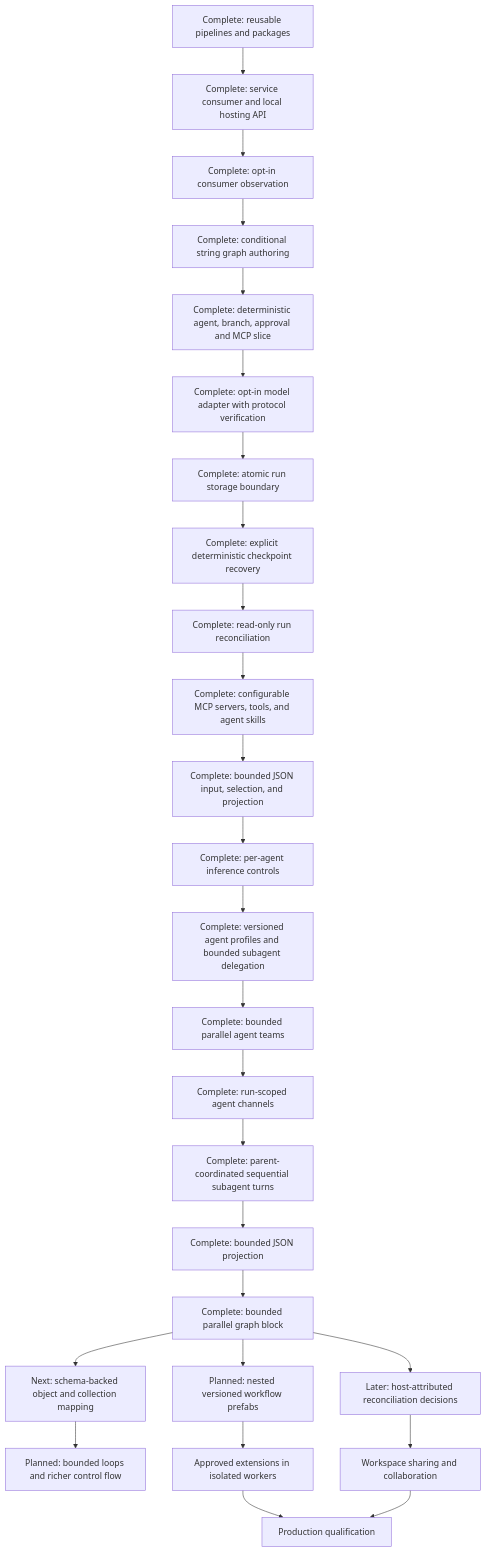
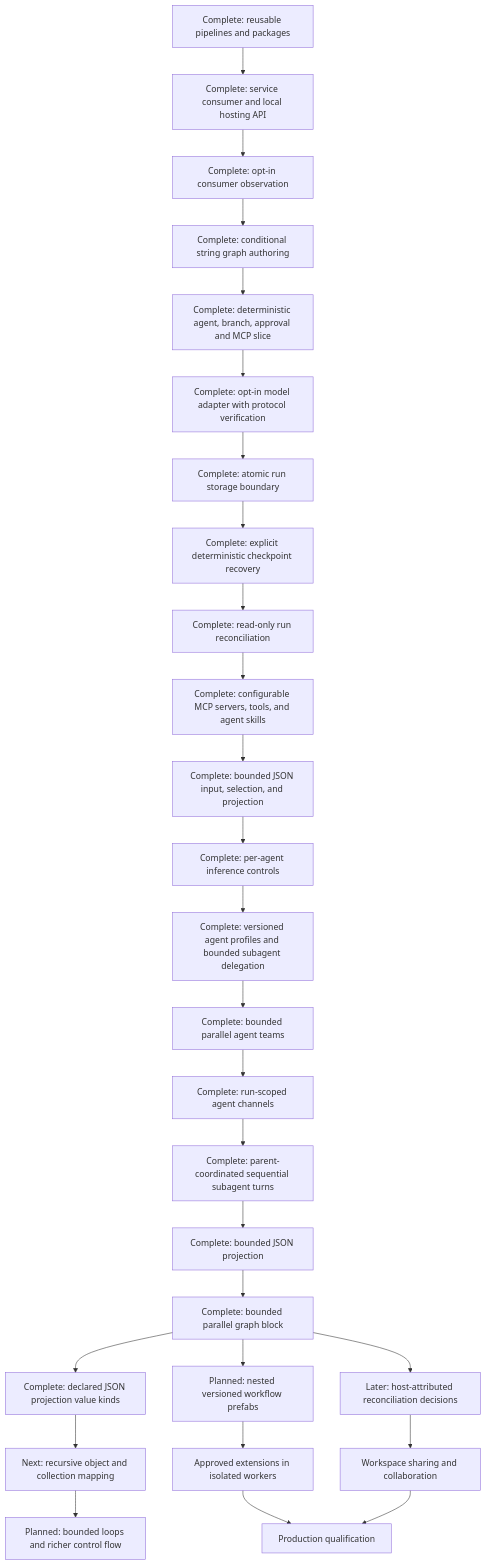
Before and after one commit to gnalvesteffer/visual-agent-workflow: the diagram in docs/roadmap.md, drawn with Mermaid. The commit also changed other lines of this file and 16 other files, not shown here.

Commit message:
feat: add typed JSON projection contracts

````diff
--- a/docs/roadmap.md
+++ b/docs/roadmap.md
@@ -86,28 +86,29 @@
 ```mermaid
 flowchart TD
     Reuse["Complete: reusable pipelines and packages"] --> Hosting["Complete: service consumer and local hosting API"]
     Hosting --> Observe["Complete: opt-in consumer observation"]
     Observe --> Graph["Complete: conditional string graph authoring"]
     Graph --> Vertical["Complete: deterministic agent, branch, approval and MCP slice"]
     Vertical --> Models["Complete: opt-in model adapter with protocol verification"]
     Models --> Store["Complete: atomic run storage boundary"]
     Store --> Recovery["Complete: explicit deterministic checkpoint recovery"]
     Recovery --> Assess["Complete: read-only run reconciliation"]
     Assess --> Agents["Complete: configurable MCP servers, tools, and agent skills"]
     Agents --> JsonData["Complete: bounded JSON input, selection, and projection"]
     JsonData --> Controls["Complete: per-agent inference controls"]
     Controls --> Delegation["Complete: versioned agent profiles and bounded subagent delegation"]
     Delegation --> Teams["Complete: bounded parallel agent teams"]
     Teams --> Channels["Complete: run-scoped agent channels"]
     Channels --> DelegationRounds["Complete: parent-coordinated sequential subagent turns"]
     DelegationRounds --> JsonProjection["Complete: bounded JSON projection"]
     JsonProjection --> Orchestration["Complete: bounded parallel graph block"]
-    Orchestration --> TypedMapping["Next: schema-backed object and collection mapping"]
+    Orchestration --> ProjectionTypes["Complete: declared JSON projection value kinds"]
+    ProjectionTypes --> TypedMapping["Next: recursive object and collection mapping"]
     TypedMapping --> Loops["Planned: bounded loops and richer control flow"]
     Orchestration --> Assets["Planned: nested versioned workflow prefabs"]
     Orchestration --> Durable["Later: host-attributed reconciliation decisions"]
     Assets --> Extensions["Approved extensions in isolated workers"]
     Durable --> Collaboration["Workspace sharing and collaboration"]
     Extensions --> Production["Production qualification"]
     Collaboration --> Production
 ```
````
